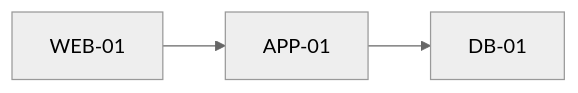
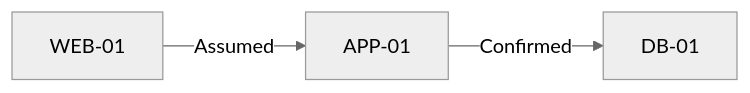
Before and after one commit to Justin-algonquin/CST8913-Cloud-Migration-041290562: the diagram in Lab4/README.md, drawn with Mermaid (neutral theme).

Commit message:
Clarify migration group dependencies in README
Updated migration group relationships in diagram to specify assumptions and confirmations.

````diff
--- a/Lab4/README.md
+++ b/Lab4/README.md
@@ -18,5 +18,5 @@
 ```mermaid
 graph LR
-    WEB01[WEB-01] --> APP01[APP-01]
-    APP01[APP-01] --> DB01[DB-01]
+    WEB01[WEB-01] --> |Assumed| APP01[APP-01]
+    APP01[APP-01] --> |Confirmed| DB01[DB-01]
 ```
````
